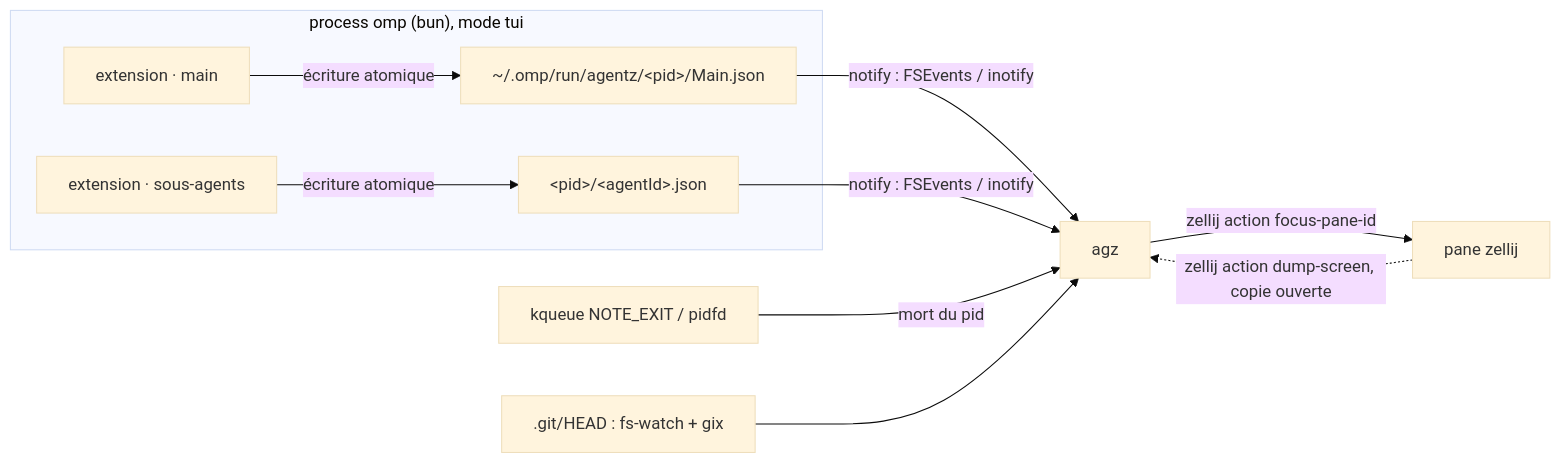
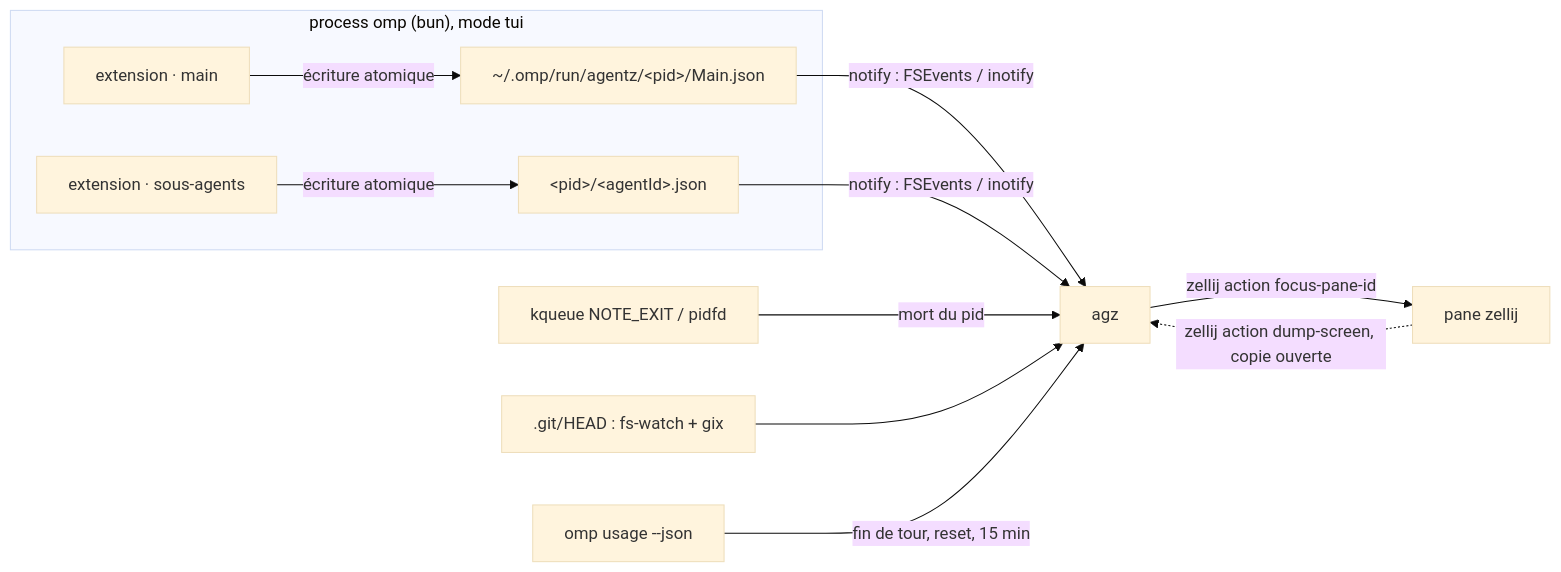
One commit to scolomer/xs-tui changed the diagram in SPEC.md. Above: the diagram before and after it, drawn with Mermaid (base theme). The commit also changed other lines of this file and 7 other files, not shown here.

````diff
--- a/SPEC.md
+++ b/SPEC.md
@@ -24,12 +25,13 @@
 ```mermaid
 flowchart LR
   subgraph omp["process omp (bun), mode tui"]
     M[extension · main] -->|écriture atomique| F1["~/.omp/run/agentz/&lt;pid&gt;/Main.json"]
     S[extension · sous-agents] -->|écriture atomique| F2["&lt;pid&gt;/&lt;agentId&gt;.json"]
   end
   F1 & F2 -->|notify : FSEvents / inotify| T[agz]
   K[kqueue NOTE_EXIT / pidfd] -->|mort du pid| T
   G[".git/HEAD : fs-watch + gix"] --> T
   T -->|zellij action focus-pane-id| Z[pane zellij]
   Z -.->|zellij action dump-screen, copie ouverte| T
+  U["omp usage --json"] -->|fin de tour, reset, 15 min| T
 ```
````
